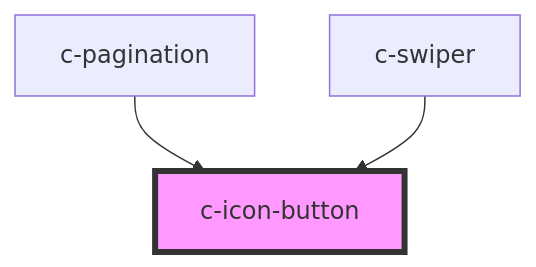
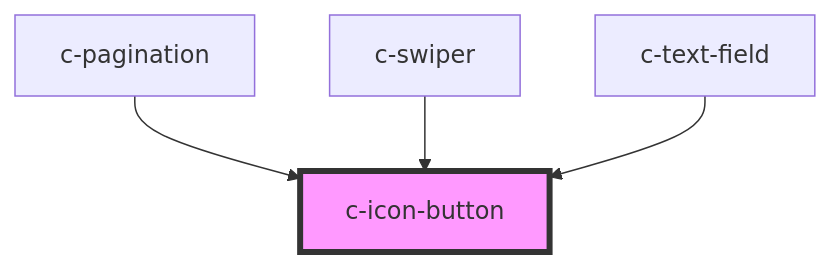
One commit to hannyle/csc-ui changed the diagram in src/components/c-icon-button/readme.md. Above: the diagram before and after it, drawn with Mermaid. The commit also changed other lines of this file and 3 other files, not shown here.

Commit message:
Add show/hide password button to text field

````diff
--- a/src/components/c-icon-button/readme.md
+++ b/src/components/c-icon-button/readme.md
@@ -35,6 +36,7 @@
 ```mermaid
 graph TD;
   c-pagination --> c-icon-button
   c-swiper --> c-icon-button
+  c-text-field --> c-icon-button
   style c-icon-button fill:#f9f,stroke:#333,stroke-width:4px
 ```
````
